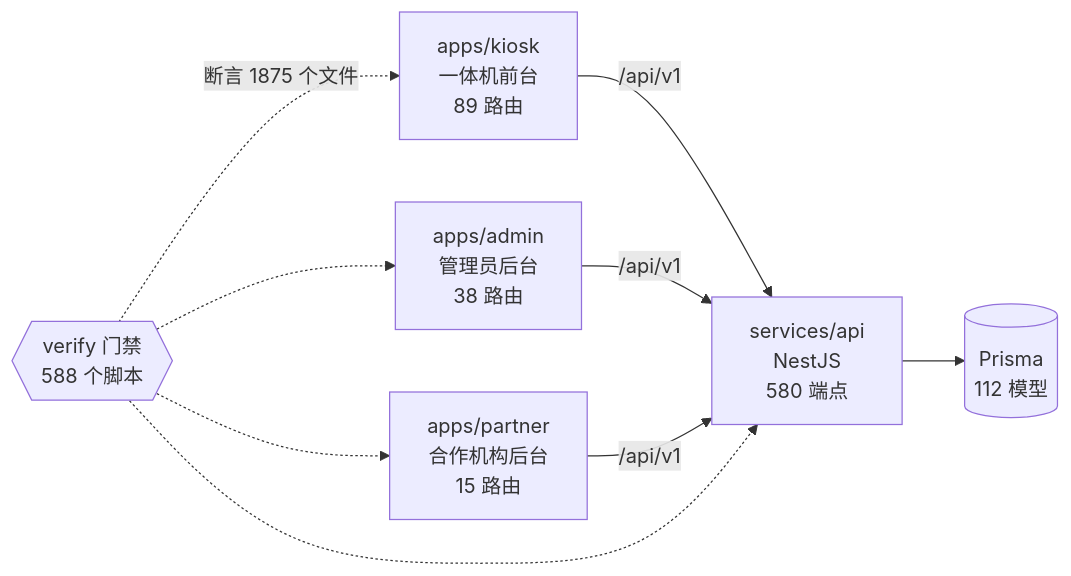
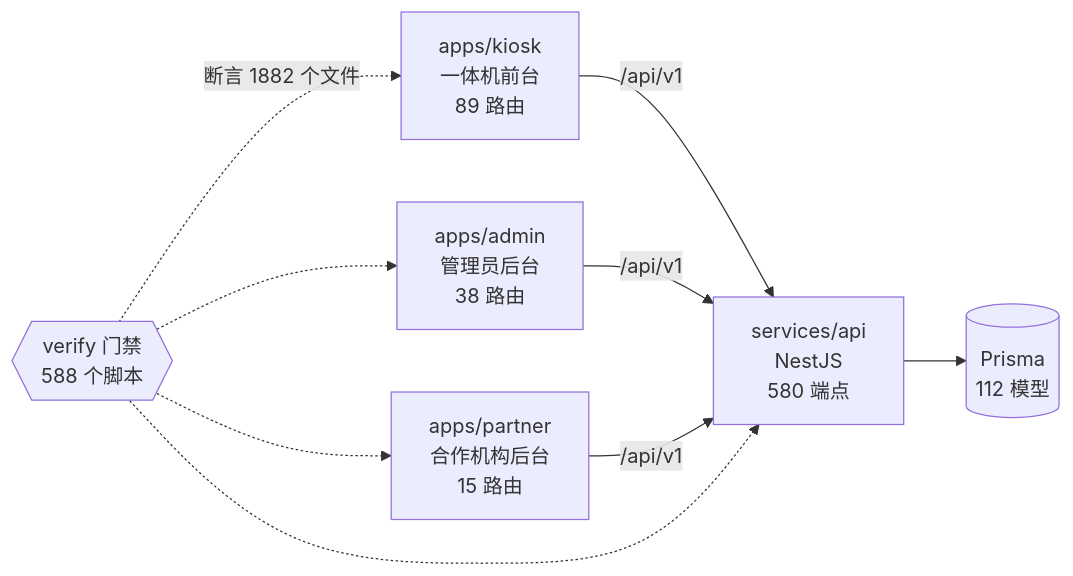
Before and after one commit to wanglei581/YITIJI: the diagram in docs/graph/README.md, drawn with Mermaid. The commit also changed other lines of this file and 3 other files, not shown here.

Commit message:
chore(graph): 第七次第一块合入后重生图谱

````diff
--- a/docs/graph/README.md
+++ b/docs/graph/README.md
@@ -68,18 +68,18 @@
 ```mermaid
 flowchart LR
   kiosk["apps/kiosk<br/>一体机前台<br/>89 路由"]
   admin["apps/admin<br/>管理员后台<br/>38 路由"]
   partner["apps/partner<br/>合作机构后台<br/>15 路由"]
   api["services/api<br/>NestJS<br/>580 端点"]
   db[("Prisma<br/>112 模型")]
   gates{{"verify 门禁<br/>588 个脚本"}}
 
   kiosk -->|"/api/v1"| api
   admin -->|"/api/v1"| api
   partner -->|"/api/v1"| api
   api --> db
-  gates -.->|"断言 1875 个文件"| kiosk
+  gates -.->|"断言 1882 个文件"| kiosk
   gates -.-> admin
   gates -.-> partner
   gates -.-> api
 ```
````
